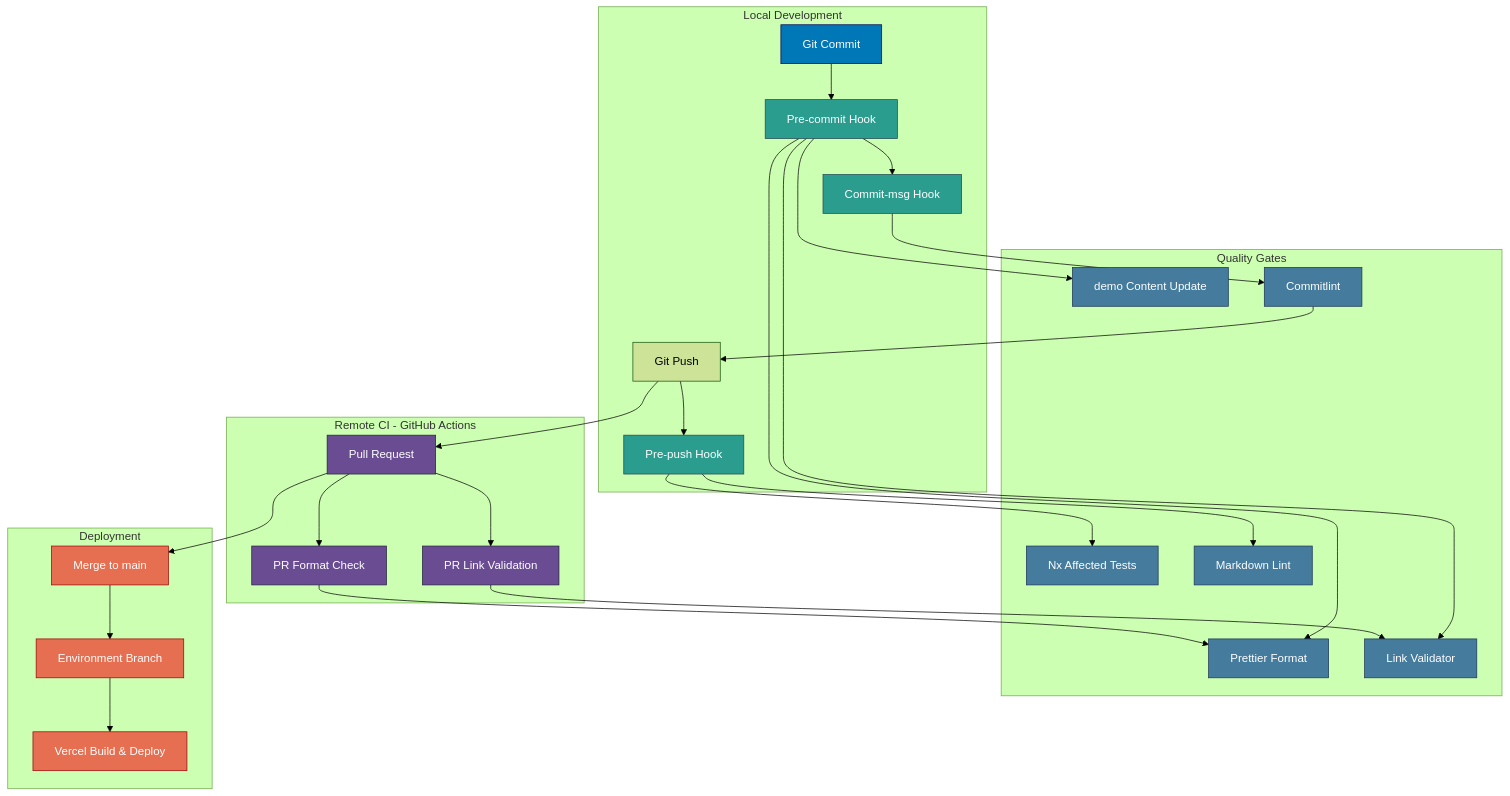
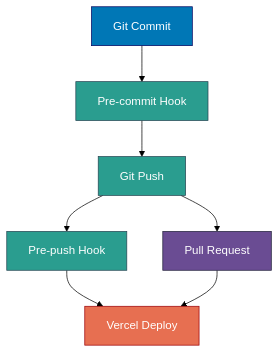
Before and after one commit to wahidyankf/ose-primer: the first of 2 diagrams in docs/reference/system-architecture/ci-cd.md, drawn with Mermaid (forest theme). The commit also changed 14 other files, not shown here.

Commit message:
fix(docs): fix mermaid violations in remaining docs (batch 10/10)

````diff
--- a/docs/reference/system-architecture/ci-cd.md
+++ b/docs/reference/system-architecture/ci-cd.md
@@ -20,72 +20,25 @@
 ```mermaid
 graph TB
-    subgraph "Local Development"
-        COMMIT[Git Commit]
-        PRE_COMMIT[Pre-commit Hook]
-        COMMIT_MSG[Commit-msg Hook]
-        PUSH[Git Push]
-        PRE_PUSH[Pre-push Hook]
-    end
-
-    subgraph "Remote CI - GitHub Actions"
-        PR[Pull Request]
-        FORMAT[PR Format Check]
-        LINKS[PR Link Validation]
-    end
-
-    subgraph "Quality Gates"
-        PRETTIER[Prettier Format]
-        AYOKODING[demo Content Update]
-        LINK_VAL[Link Validator]
-        COMMITLINT[Commitlint]
-        TEST_QUICK[Nx Affected Tests]
-        MD_LINT[Markdown Lint]
-    end
-
-    subgraph "Deployment"
-        MERGE[Merge to main]
-        ENV_BRANCH[Environment Branch]
-        VERCEL[Vercel Build & Deploy]
-    end
+    COMMIT[Git Commit]
+    PRE_COMMIT[Pre-commit Hook]
+    PUSH[Git Push]
+    PRE_PUSH[Pre-push Hook]
+    PR[Pull Request]
+    DEPLOY[Vercel Deploy]
 
     COMMIT --> PRE_COMMIT
-    PRE_COMMIT --> AYOKODING
-    PRE_COMMIT --> PRETTIER
-    PRE_COMMIT --> LINK_VAL
-    PRE_COMMIT --> COMMIT_MSG
-
-    COMMIT_MSG --> COMMITLINT
-    COMMITLINT --> PUSH
+    PRE_COMMIT --> PUSH
 
     PUSH --> PRE_PUSH
-    PRE_PUSH --> TEST_QUICK
-    PRE_PUSH --> MD_LINT
+    PUSH --> PR
 
-    PUSH --> PR
-    PR --> FORMAT
-    PR --> LINKS
-
-    FORMAT --> PRETTIER
-    LINKS --> LINK_VAL
-
-    PR --> MERGE
-    MERGE --> ENV_BRANCH
-    ENV_BRANCH --> VERCEL
+    PRE_PUSH --> DEPLOY
+    PR --> DEPLOY
 
     style COMMIT fill:#0077b6,stroke:#03045e,color:#ffffff
     style PRE_COMMIT fill:#2a9d8f,stroke:#264653,color:#ffffff
-    style COMMIT_MSG fill:#2a9d8f,stroke:#264653,color:#ffffff
+    style PUSH fill:#2a9d8f,stroke:#264653,color:#ffffff
     style PRE_PUSH fill:#2a9d8f,stroke:#264653,color:#ffffff
     style PR fill:#6a4c93,stroke:#22223b,color:#ffffff
-    style FORMAT fill:#6a4c93,stroke:#22223b,color:#ffffff
-    style LINKS fill:#6a4c93,stroke:#22223b,color:#ffffff
-    style PRETTIER fill:#457b9d,stroke:#1d3557,color:#ffffff
-    style AYOKODING fill:#457b9d,stroke:#1d3557,color:#ffffff
-    style LINK_VAL fill:#457b9d,stroke:#1d3557,color:#ffffff
-    style COMMITLINT fill:#457b9d,stroke:#1d3557,color:#ffffff
-    style TEST_QUICK fill:#457b9d,stroke:#1d3557,color:#ffffff
-    style MD_LINT fill:#457b9d,stroke:#1d3557,color:#ffffff
-    style MERGE fill:#e76f51,stroke:#9d0208,color:#ffffff
-    style ENV_BRANCH fill:#e76f51,stroke:#9d0208,color:#ffffff
-    style VERCEL fill:#e76f51,stroke:#9d0208,color:#ffffff
+    style DEPLOY fill:#e76f51,stroke:#9d0208,color:#ffffff
 ```
````
